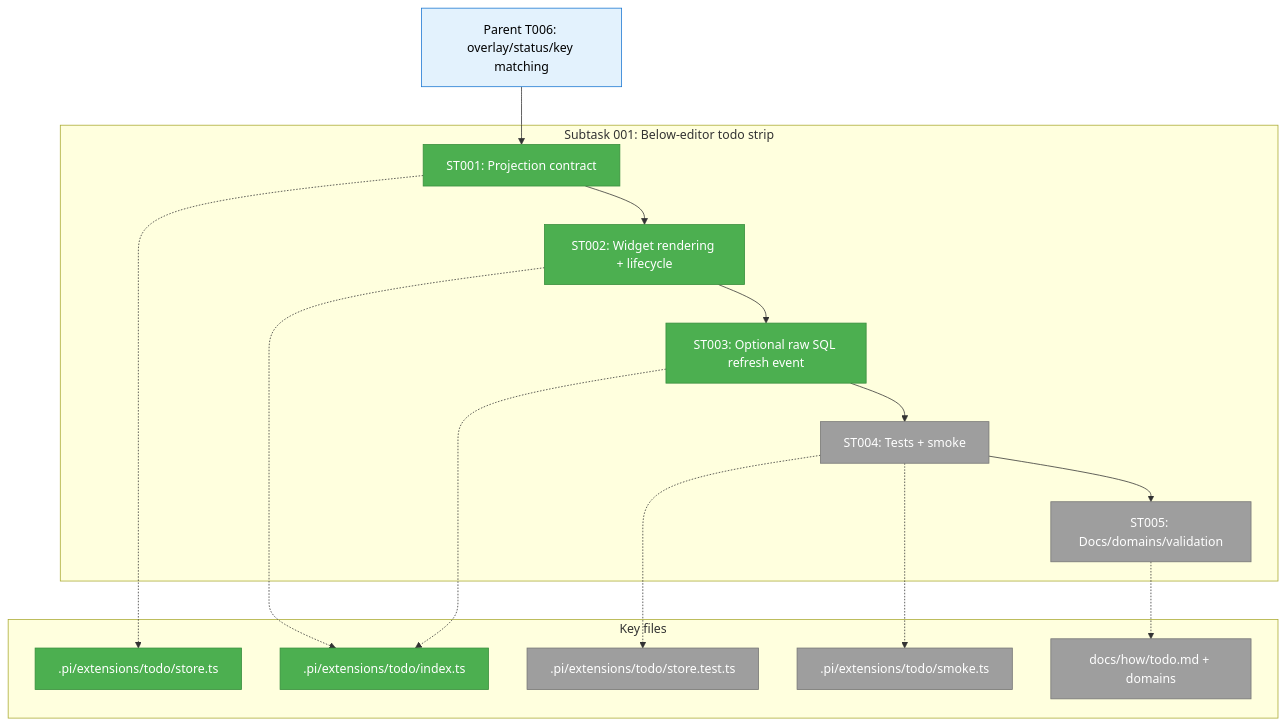
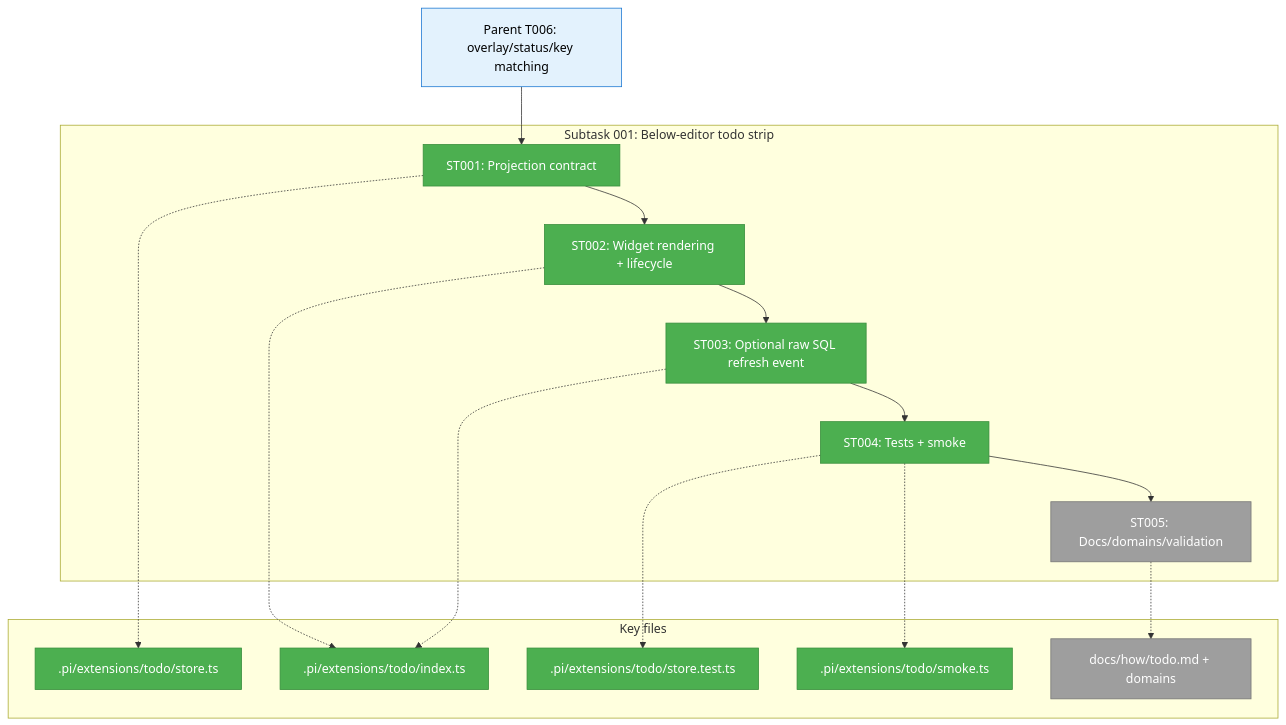
The first of 3 diagrams in docs/plans/010-sql-backed-todo-extension/tasks/phase-1-store-full-ux-validation-docs-domains/001-subtask-claude-code-style-below-editor-todo-strip.md (vaughanknight/pij), drawn with Mermaid before and after one commit. The commit also changed other lines of this file and 5 other files, not shown here.

Commit message:
test(todo): cover below-editor strip behavior

````diff
--- a/docs/plans/010-sql-backed-todo-extension/tasks/phase-1-store-full-ux-validation-docs-domains/001-subtask-claude-code-style-below-editor-todo-strip.md
+++ b/docs/plans/010-sql-backed-todo-extension/tasks/phase-1-store-full-ux-validation-docs-domains/001-subtask-claude-code-style-below-editor-todo-strip.md
@@ -90,37 +90,37 @@
 ```mermaid
 flowchart TD
     classDef pending fill:#9E9E9E,stroke:#757575,color:#fff
     classDef completed fill:#4CAF50,stroke:#388E3C,color:#fff
     classDef parent fill:#E3F2FD,stroke:#1976D2,color:#000
 
     Parent["Parent T006: overlay/status/key matching"]:::parent
 
     subgraph Subtask["Subtask 001: Below-editor todo strip"]
         ST001["ST001: Projection contract"]:::completed
         ST002["ST002: Widget rendering + lifecycle"]:::completed
         ST003["ST003: Optional raw SQL refresh event"]:::completed
-        ST004["ST004: Tests + smoke"]:::pending
+        ST004["ST004: Tests + smoke"]:::completed
         ST005["ST005: Docs/domains/validation"]:::pending
         ST001 --> ST002
         ST002 --> ST003
         ST003 --> ST004
         ST004 --> ST005
     end
 
     Parent --> ST001
 
     subgraph Files["Key files"]
         Store[".pi/extensions/todo/store.ts"]:::completed
         Index[".pi/extensions/todo/index.ts"]:::completed
-        Tests[".pi/extensions/todo/store.test.ts"]:::pending
-        Smoke[".pi/extensions/todo/smoke.ts"]:::pending
+        Tests[".pi/extensions/todo/store.test.ts"]:::completed
+        Smoke[".pi/extensions/todo/smoke.ts"]:::completed
         Docs["docs/how/todo.md + domains"]:::pending
     end
 
     ST001 -.-> Store
     ST002 -.-> Index
     ST003 -.-> Index
     ST004 -.-> Tests
     ST004 -.-> Smoke
     ST005 -.-> Docs
 ```
````
